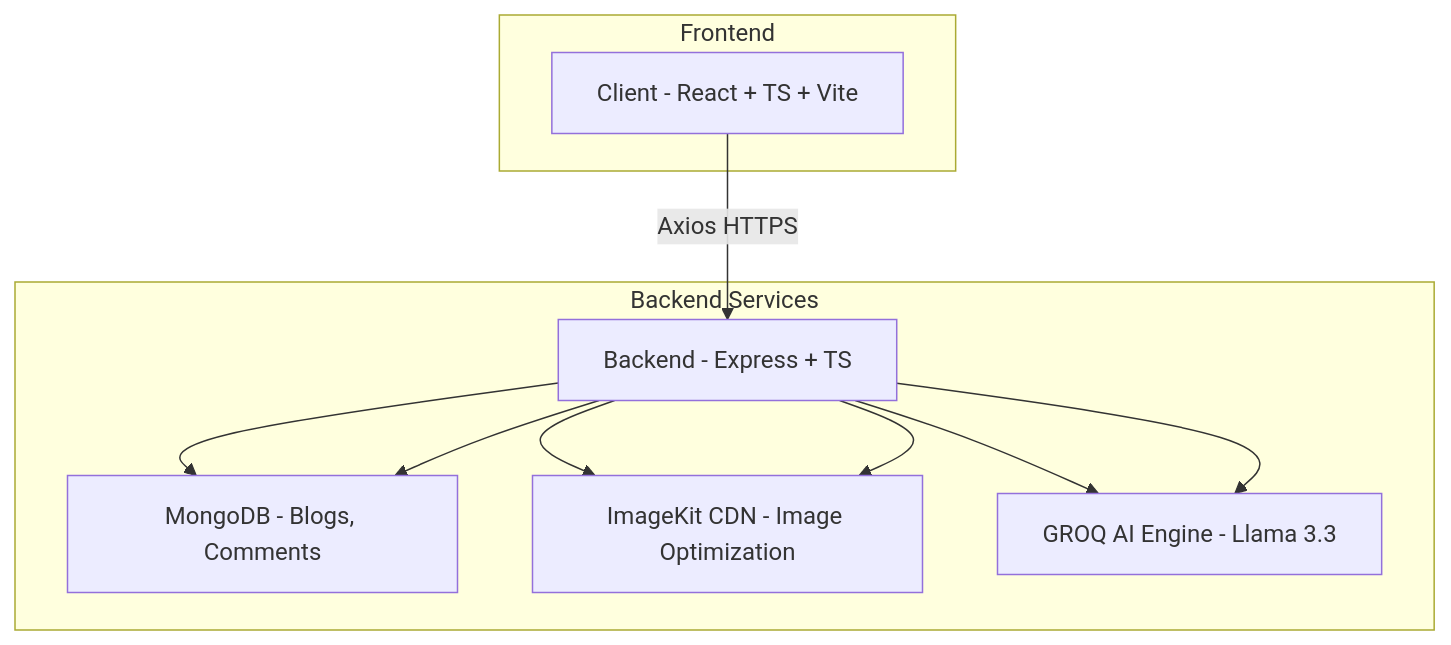
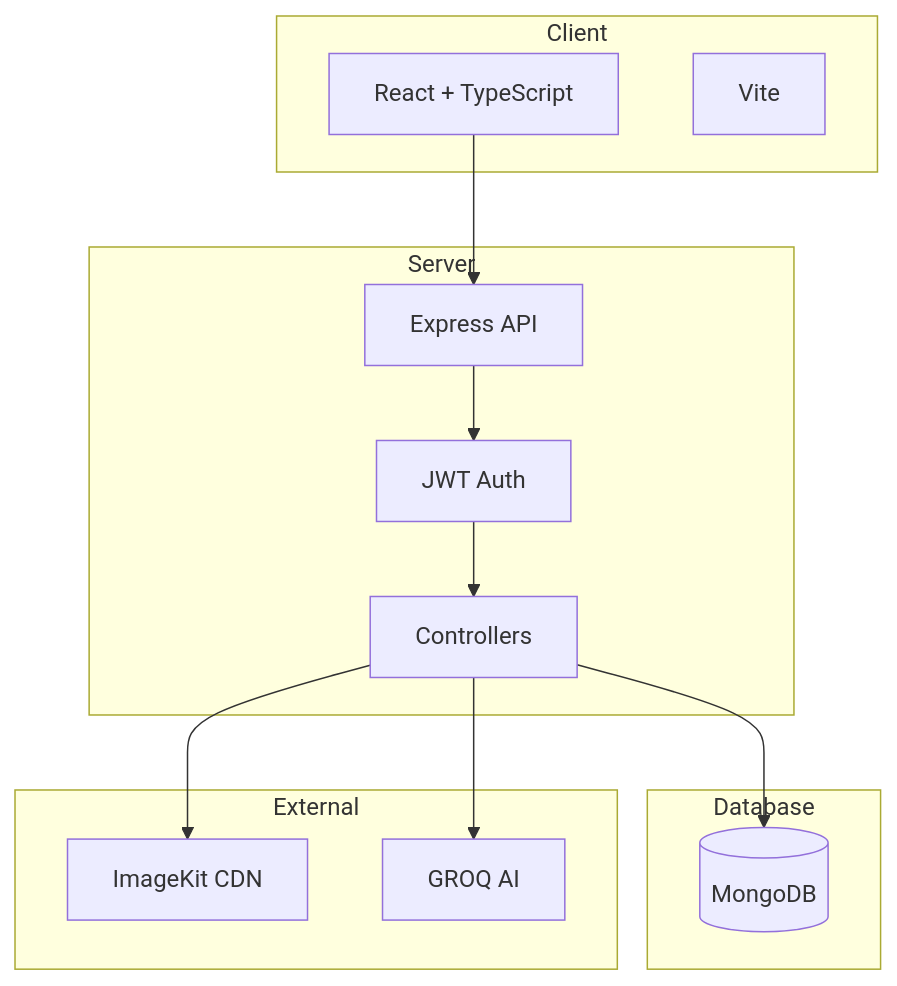
One commit to VIKRAMANR7/VikramanBlog changed the first of 4 diagrams in README.md. Above: the diagram before and after it, drawn with Mermaid. The commit also changed other lines of this file and 25 other files, not shown here.

````diff
--- a/README.md
+++ b/README.md
@@ -91,19 +29,29 @@
 ```mermaid
-flowchart TD
+flowchart TB
+    subgraph Client
+        React[React + TypeScript]
+        Vite[Vite]
+    end
 
-A[Client - React + TS + Vite] -- Axios HTTPS --> B[Backend - Express + TS]
+    subgraph Server
+        Express[Express API]
+        Auth[JWT Auth]
+        Controllers[Controllers]
+    end
 
-B --> C[MongoDB - Blogs, Comments]
-B --> D[ImageKit CDN - Image Optimization]
-B --> E[GROQ AI Engine - Llama 3.3]
+    subgraph Database
+        MongoDB[(MongoDB)]
+    end
 
-subgraph Frontend
-A
-end
+    subgraph External
+        ImageKit[ImageKit CDN]
+        GROQ[GROQ AI]
+    end
 
-subgraph Backend Services
-B --> C
-B --> D
-B --> E
-end
+    React --> Express
+    Express --> Auth
+    Auth --> Controllers
+    Controllers --> MongoDB
+    Controllers --> ImageKit
+    Controllers --> GROQ
 ```
````
